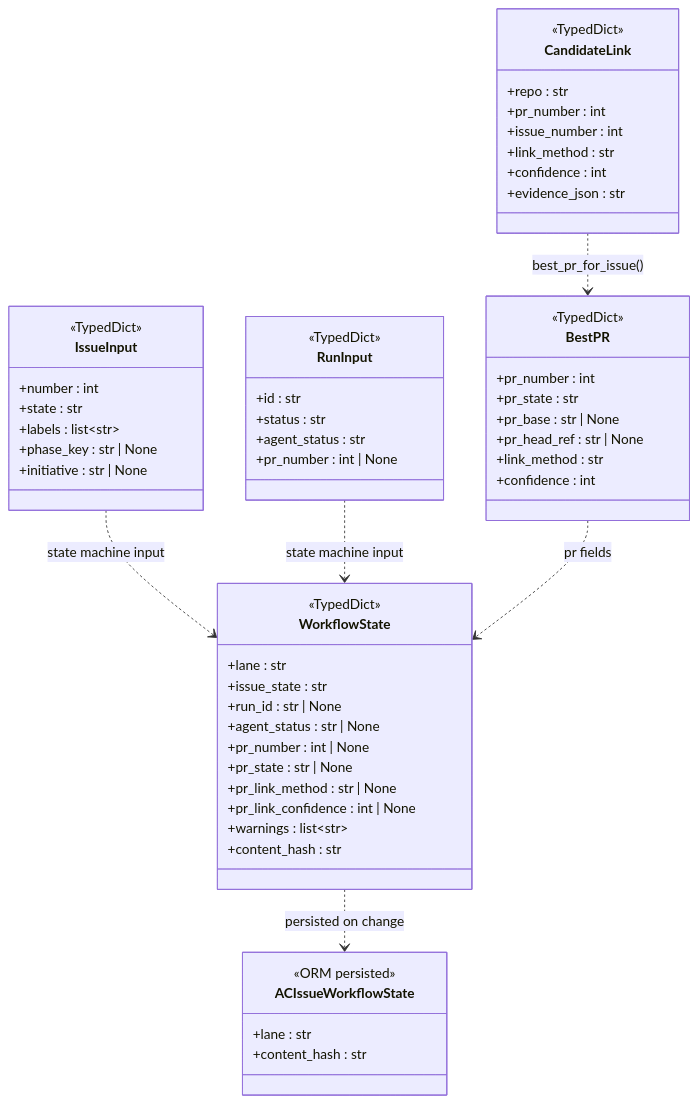
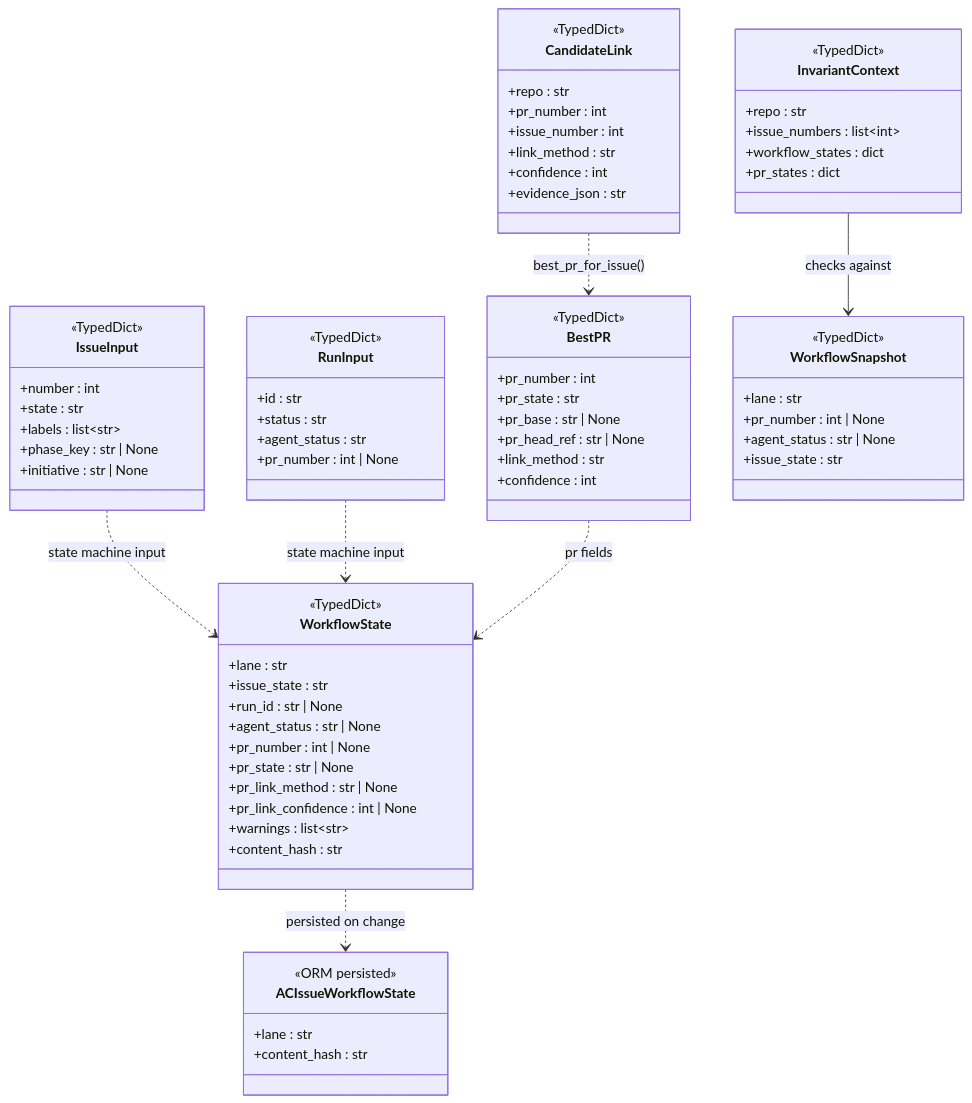
The seventh of 9 diagrams in docs/reference/type-contracts.md (cgcardona/agentception), drawn with Mermaid before and after one commit. The commit also changed other lines of this file and 1 other file, not shown here.

````diff
--- a/docs/reference/type-contracts.md
+++ b/docs/reference/type-contracts.md
@@ -1520,60 +2062,75 @@
 ```mermaid
 classDiagram
     class IssueInput {
         <<TypedDict>>
         +number : int
         +state : str
         +labels : list~str~
         +phase_key : str | None
         +initiative : str | None
     }
     class RunInput {
         <<TypedDict>>
         +id : str
         +status : str
         +agent_status : str
         +pr_number : int | None
     }
     class WorkflowState {
         <<TypedDict>>
         +lane : str
         +issue_state : str
         +run_id : str | None
         +agent_status : str | None
         +pr_number : int | None
         +pr_state : str | None
         +pr_link_method : str | None
         +pr_link_confidence : int | None
         +warnings : list~str~
         +content_hash : str
     }
     class CandidateLink {
         <<TypedDict>>
         +repo : str
         +pr_number : int
         +issue_number : int
         +link_method : str
         +confidence : int
         +evidence_json : str
     }
     class BestPR {
         <<TypedDict>>
         +pr_number : int
         +pr_state : str
         +pr_base : str | None
         +pr_head_ref : str | None
         +link_method : str
         +confidence : int
     }
     class ACIssueWorkflowState {
         <<ORM persisted>>
         +lane : str
         +content_hash : str
     }
+    class InvariantContext {
+        <<TypedDict>>
+        +repo : str
+        +issue_numbers : list~int~
+        +workflow_states : dict
+        +pr_states : dict
+    }
+    class WorkflowSnapshot {
+        <<TypedDict>>
+        +lane : str
+        +pr_number : int | None
+        +agent_status : str | None
+        +issue_state : str
+    }
 
     IssueInput ..> WorkflowState : state machine input
     RunInput ..> WorkflowState : state machine input
     BestPR ..> WorkflowState : pr fields
     CandidateLink ..> BestPR : best_pr_for_issue()
     WorkflowState ..> ACIssueWorkflowState : persisted on change
+    InvariantContext --> WorkflowSnapshot : checks against
 ```
````
